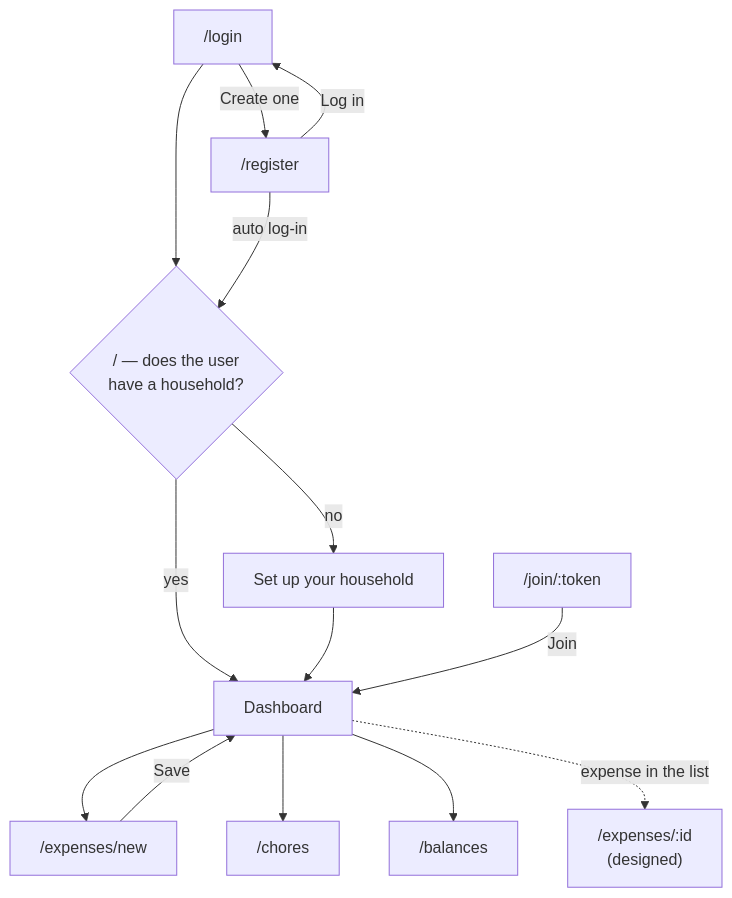
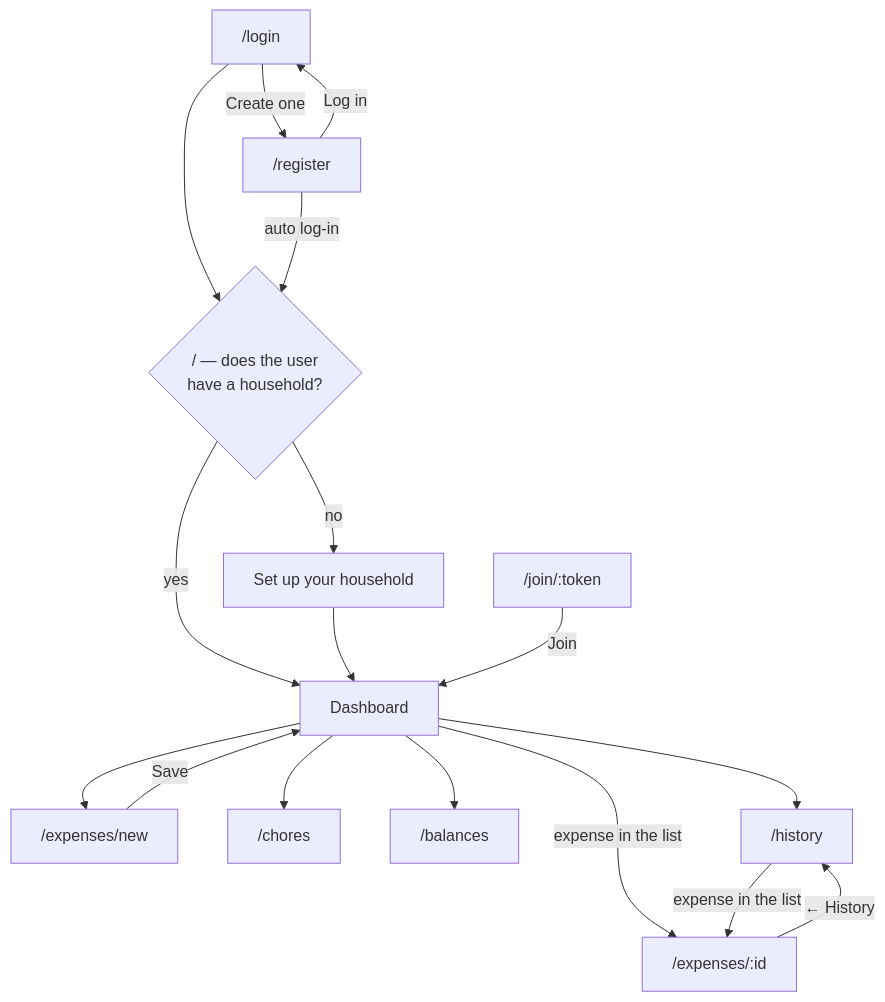
One commit to orvaldez/RoomSync changed the diagram in docs/design/wireframes/README.md. Above: the diagram before and after it, drawn with Mermaid. The commit also changed other lines of this file and 27 other files, not shown here.

Commit message:
feat: add the History screen and the expense detail screen (#96)

````diff
--- a/docs/design/wireframes/README.md
+++ b/docs/design/wireframes/README.md
@@ -39,16 +40,19 @@
 ```mermaid
 flowchart TD
     login["/login"] -- "Create one" --> register["/register"]
     register -- "Log in" --> login
     login --> root{"/ — does the user<br/>have a household?"}
     register -- "auto log-in" --> root
     root -- "no" --> create["Set up your household"]
     root -- "yes" --> dash["Dashboard"]
     create --> dash
     join["/join/:token"] -- "Join" --> dash
     dash --> add["/expenses/new"]
     dash --> chores["/chores"]
     dash --> balances["/balances"]
-    dash -. "expense in the list" .-> detail["/expenses/:id<br/>(designed)"]
+    dash --> history["/history"]
+    dash -- "expense in the list" --> detail["/expenses/:id"]
+    history -- "expense in the list" --> detail
+    detail -- "← History" --> history
     add -- "Save" --> dash
 ```
````
